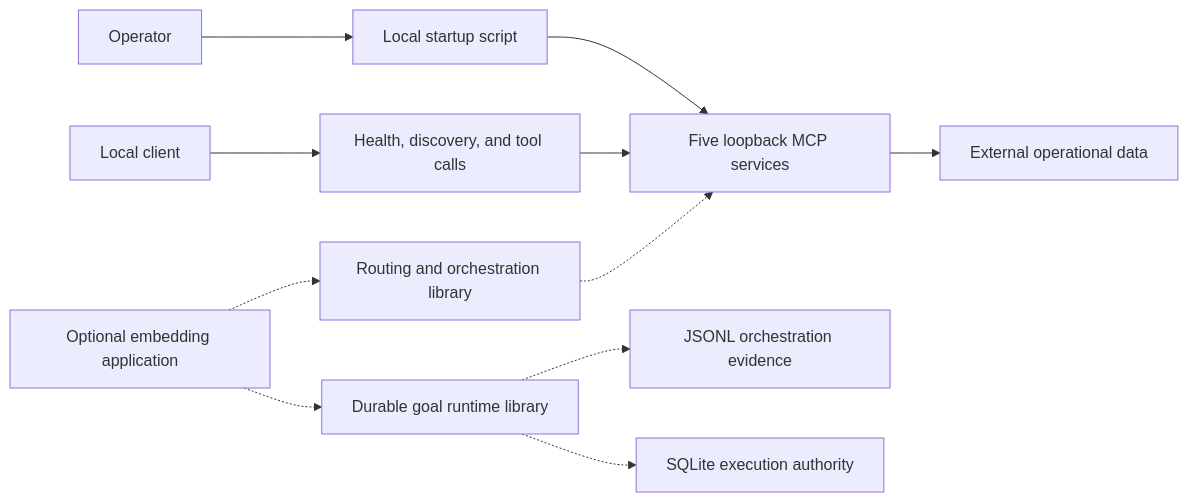
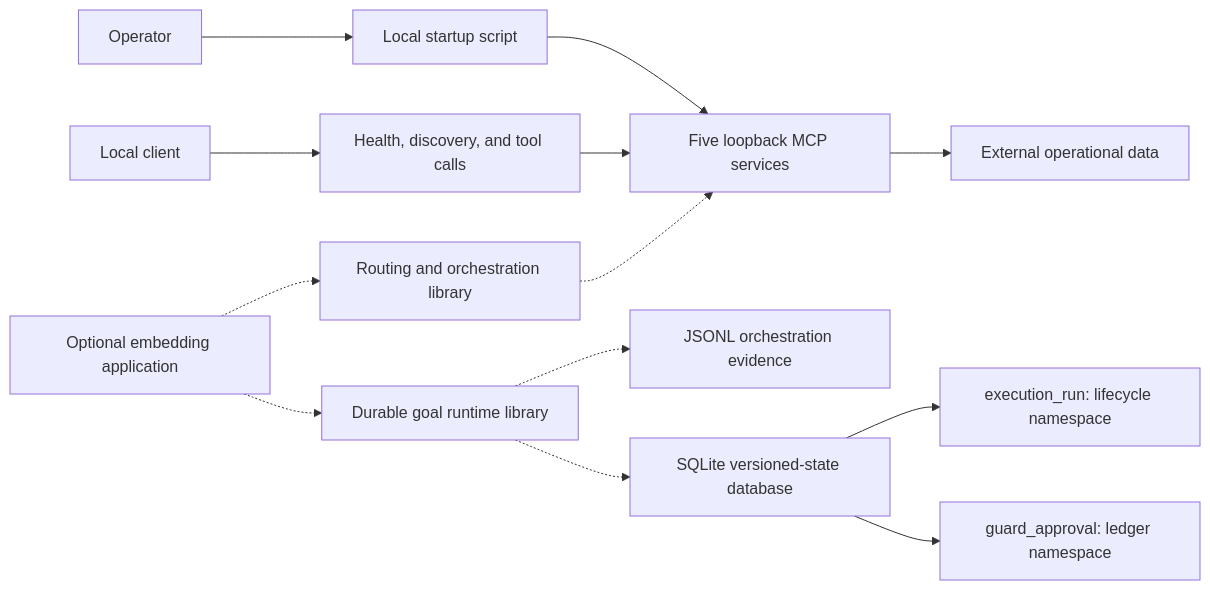
One commit to nattawatpuntachot52/ovca-core changed the diagram in README.md. Above: the diagram before and after it, drawn with Mermaid. The commit also changed other lines of this file and 11 other files, not shown here.

````diff
--- a/README.md
+++ b/README.md
@@ -22,13 +22,15 @@
 ```mermaid
 flowchart LR
     Operator["Operator"] --> Startup["Local startup script"]
     Startup --> Services["Five loopback MCP services"]
     Client["Local client"] --> Tools["Health, discovery, and tool calls"]
     Tools --> Services
     Services --> Data["External operational data"]
     App["Optional embedding application"] -.-> Graph["Routing and orchestration library"]
     App -.-> GoalRuntime["Durable goal runtime library"]
     Graph -.-> Services
     GoalRuntime -.-> RunLog["JSONL orchestration evidence"]
-    GoalRuntime -.-> ExecutionDb["SQLite execution authority"]
+    GoalRuntime -.-> StateDb["SQLite versioned-state database"]
+    StateDb --> ExecutionNs["execution_run: lifecycle namespace"]
+    StateDb --> ApprovalNs["guard_approval: ledger namespace"]
 ```
````
